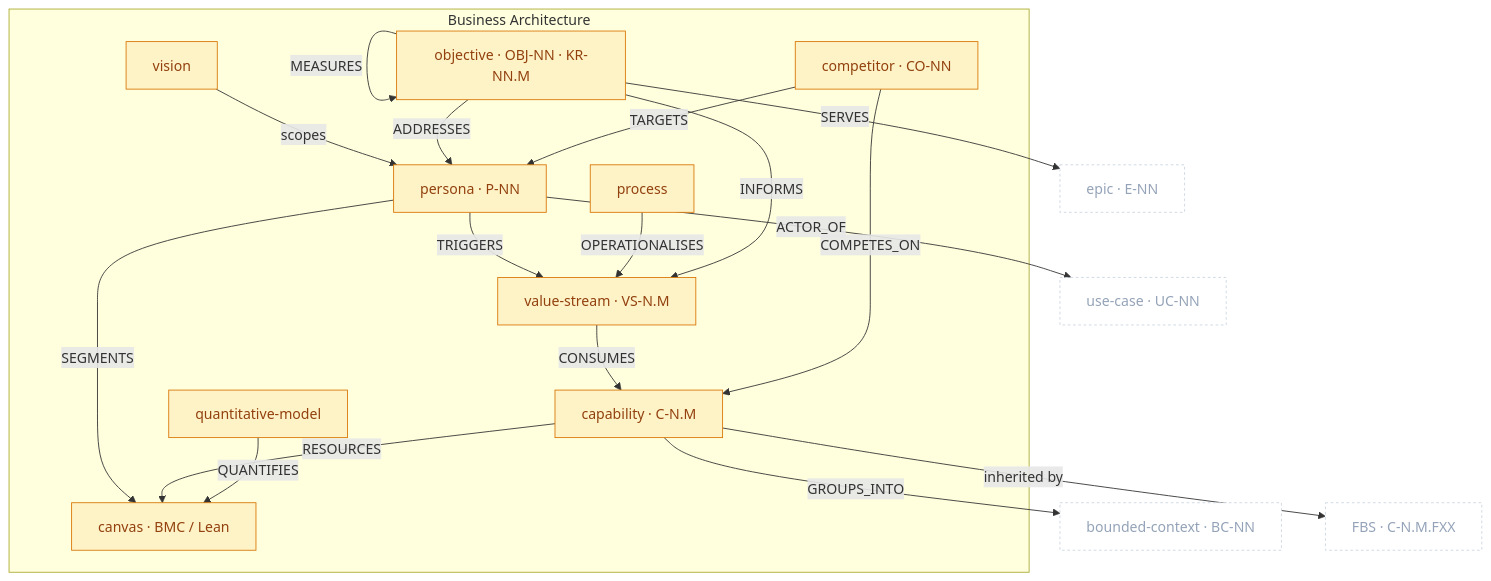
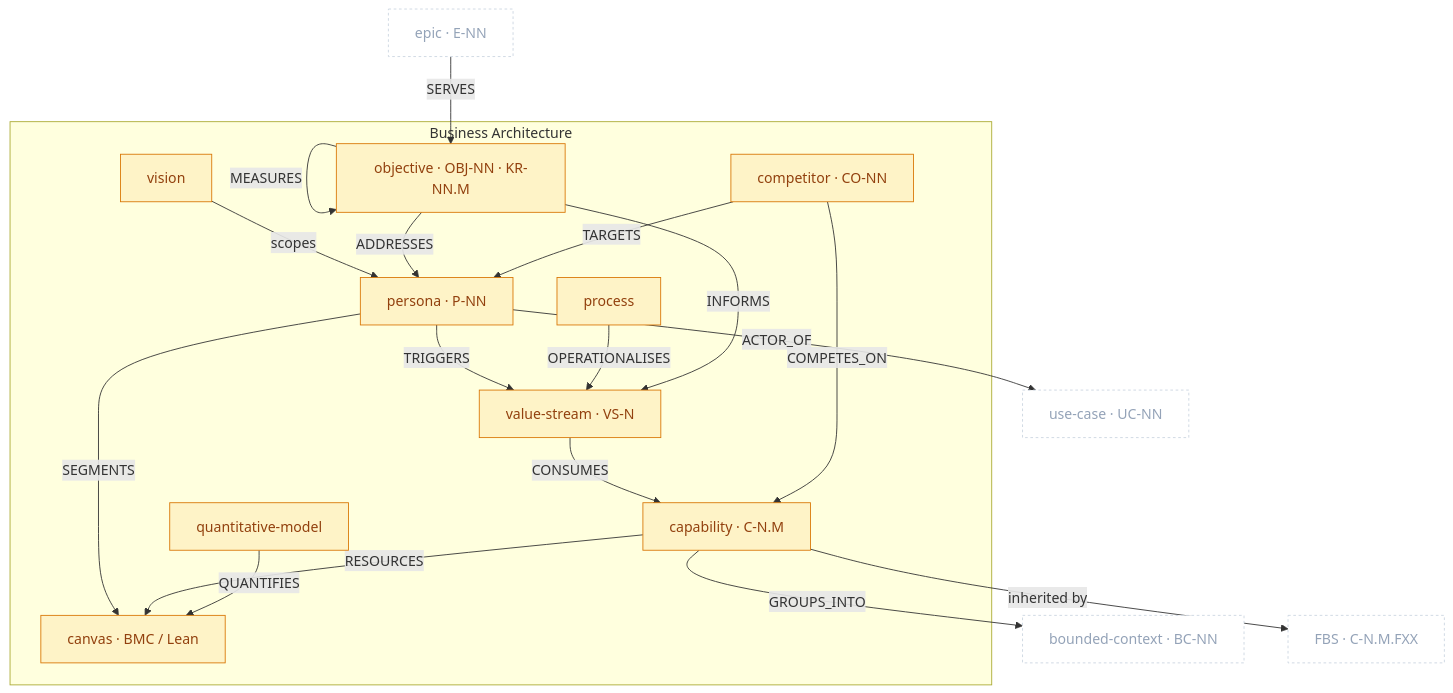
The diagram in docs/metamodel/packages/business-architecture.md (VictorHueni/clew), drawn with Mermaid before and after one commit. The commit also changed other lines of this file and 7 other files, not shown here.

First line of the commit message:
docs(metamodel): align diagrams, boundary tables, and ID displays to catalogue authority

````diff
--- a/docs/metamodel/packages/business-architecture.md
+++ b/docs/metamodel/packages/business-architecture.md
@@ -24,40 +24,40 @@
 ```mermaid
 flowchart TD
     classDef biz fill:#FEF3C7,stroke:#D97706,color:#92400E
     classDef ext fill:#ffffff,stroke:#cbd5e1,color:#94a3b8,stroke-dasharray:3 3
 
     BC["bounded-context · BC-NN"]:::ext
     FBS["FBS · C-N.M.FXX"]:::ext
     UC["use-case · UC-NN"]:::ext
     EPIC["epic · E-NN"]:::ext
 
     subgraph BA["Business Architecture"]
         VIS["vision"]:::biz
         P["persona · P-NN"]:::biz
         CV["canvas · BMC / Lean"]:::biz
         CAP["capability · C-N.M"]:::biz
-        VS["value-stream · VS-N.M"]:::biz
+        VS["value-stream · VS-N"]:::biz
         OBJ["objective · OBJ-NN · KR-NN.M"]:::biz
         PROC["process"]:::biz
         QM["quantitative-model"]:::biz
         CO["competitor · CO-NN"]:::biz
     end
 
     VIS -->|"scopes"| P
     P -->|"TRIGGERS"| VS
     P -->|"SEGMENTS"| CV
     CAP -->|"RESOURCES"| CV
     VS -->|"CONSUMES"| CAP
     PROC -->|"OPERATIONALISES"| VS
     QM -->|"QUANTIFIES"| CV
     OBJ -->|"MEASURES"| OBJ
     OBJ -->|"INFORMS"| VS
     OBJ -->|"ADDRESSES"| P
     CO -->|"TARGETS"| P
     CO -->|"COMPETES_ON"| CAP
 
     CAP -->|"GROUPS_INTO"| BC
     CAP -->|"inherited by"| FBS
     P -->|"ACTOR_OF"| UC
-    OBJ -->|"SERVES"| EPIC
+    EPIC -->|"SERVES"| OBJ
 ```
````
